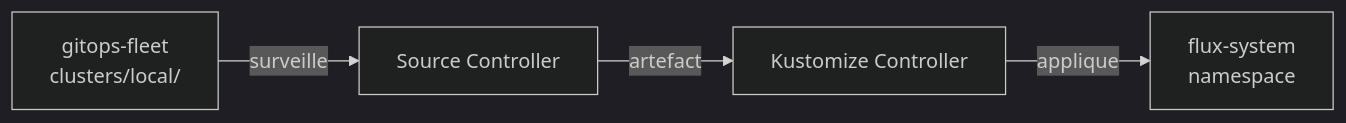
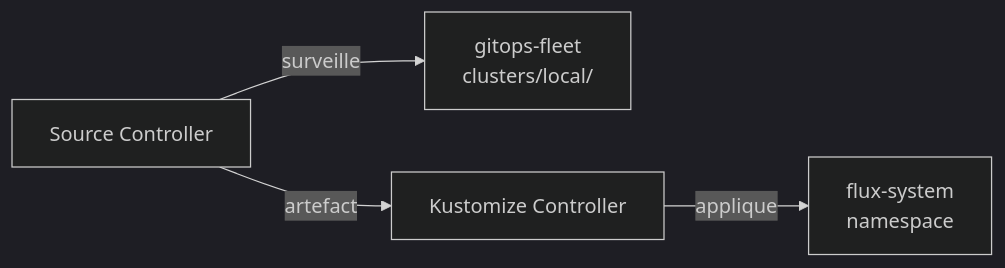
The diagram in content/partie-1-fondamentaux/installation.md (gpeyet-learning/guide-fluxcd), drawn with Mermaid (dark theme) before and after one commit. The commit also changed other lines of this file and 1 other file, not shown here.

Commit message:
content(fluxcd): use gh CLI auth instead of PAT, fix diagram arrow, drop fil rouge wording

````diff
--- a/content/partie-1-fondamentaux/installation.md
+++ b/content/partie-1-fondamentaux/installation.md
@@ -262,6 +281,6 @@
 ```mermaid
 graph LR
-    GIT[gitops-fleet\nclusters/local/] -->|surveille| SC[Source Controller]
+    SC[Source Controller] -->|surveille| GIT[gitops-fleet\nclusters/local/]
     SC -->|artefact| KC[Kustomize Controller]
     KC -->|applique| FS[flux-system\nnamespace]
 ```
````
